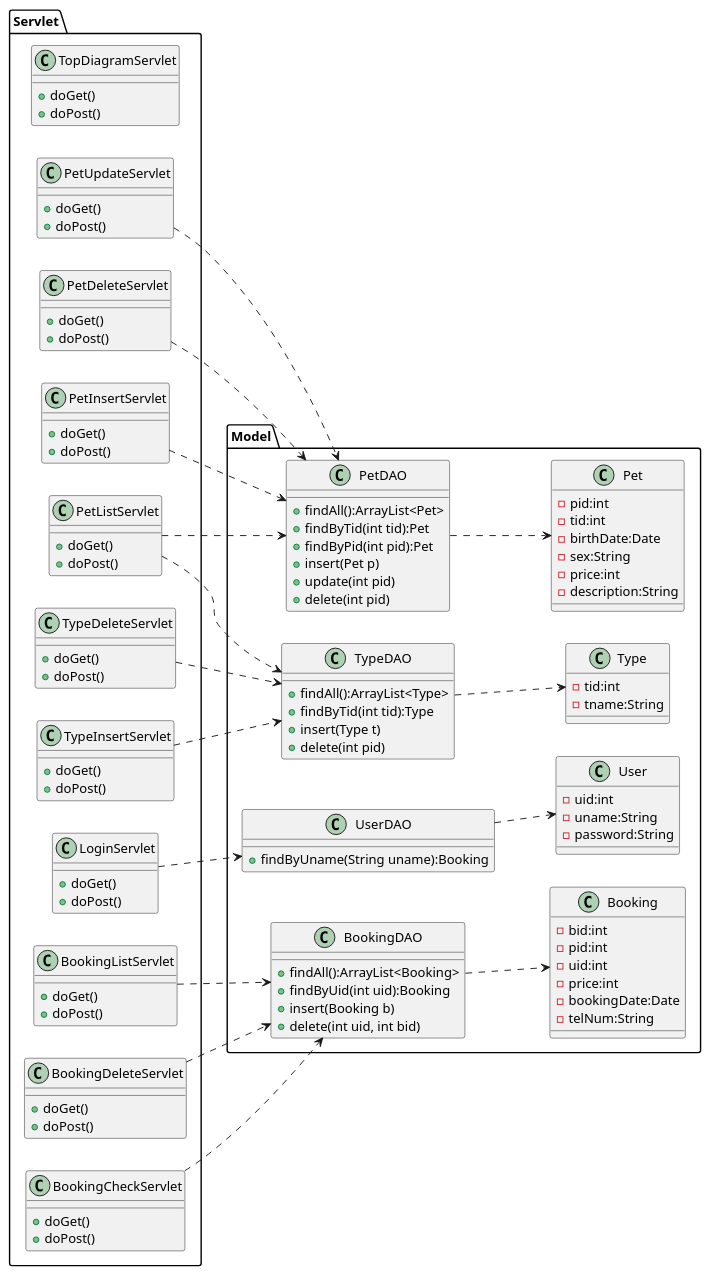
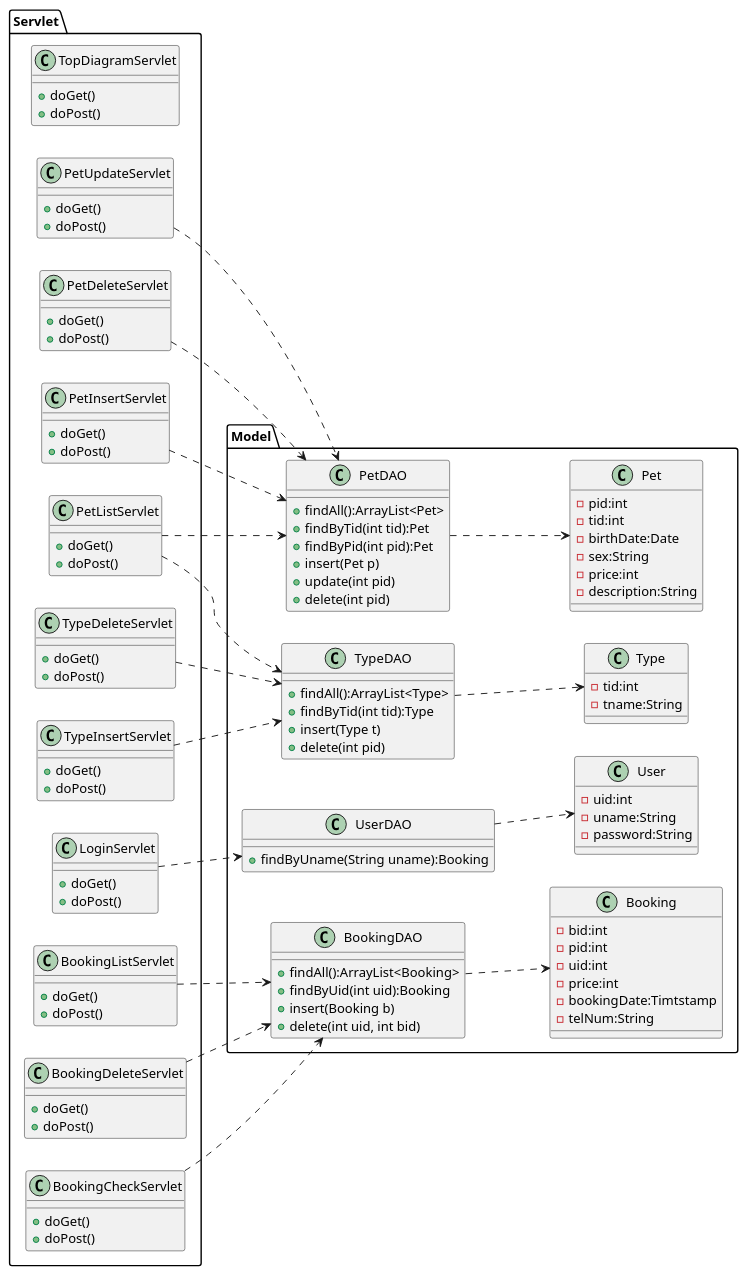
One commit to Tyamanaka07/WebSystem changed the diagram in detail.uml/class.pu. Above: the diagram before and after it, drawn with PlantUML.

```diff
--- a/detail.uml/class.pu
+++ b/detail.uml/class.pu
@@ -1,136 +1,136 @@
 @startuml
 left to right direction
 
 package Model{
 	class Pet{
 		-pid:int
 		-tid:int
 		-birthDate:Date
 		-sex:String
 		-price:int
 		-description:String
 	}
 
 	class Type{
 		-tid:int
 		-tname:String
 	}
 
 	class User{
 		-uid:int
 		-uname:String
 		-password:String
 	}
 
 	class Booking{
 		-bid:int
 		-pid:int
 		-uid:int
 		-price:int
-		-bookingDate:Date
+		-bookingDate:Timtstamp
 		-telNum:String
 	}
 
 	class PetDAO{
 		+findAll():ArrayList<Pet>
 		+findByTid(int tid):Pet
 		+findByPid(int pid):Pet
 		+insert(Pet p)
 		+update(int pid)
 		+delete(int pid)
 	}
 
 	class TypeDAO{
 		+findAll():ArrayList<Type>
 		+findByTid(int tid):Type
 		+insert(Type t)
 		+delete(int pid)
 	}
 
 	class UserDAO{
 		+findByUname(String uname):Booking
 	}
 
 	class BookingDAO{
 		+findAll():ArrayList<Booking>
 		+findByUid(int uid):Booking
 		+insert(Booking b)
 		+delete(int uid, int bid)
 	}
 }
 
 package Servlet{
 	class TopDiagramServlet{
 		+doGet()
 		+doPost()
 	}
 
 	class PetListServlet{
 		+doGet()
 		+doPost()
 	}
 
 	class LoginServlet{
 		+doGet()
 		+doPost()
 	}
 
 	class PetInsertServlet{
 		+doGet()
 		+doPost()
 	}
 
 	class PetUpdateServlet{
 		+doGet()
 		+doPost()
 	}
 
 	class PetDeleteServlet{
 		+doGet()
 		+doPost()
 	}
 
 	class TypeInsertServlet{
 		+doGet()
 		+doPost()
 	}
 
 	class TypeDeleteServlet{
 		+doGet()
 		+doPost()
 	}
 
 	class BookingCheckServlet{
 		+doGet()
 		+doPost()
 	}
 
 	class BookingListServlet{
 		+doGet()
 		+doPost()
 	}
 
 	class BookingDeleteServlet{
 		+doGet()
 		+doPost()
 	}
 }
 
 
 PetListServlet..>TypeDAO
 TypeInsertServlet..>TypeDAO
 TypeDeleteServlet..>TypeDAO
 PetListServlet..>PetDAO
 PetInsertServlet..>PetDAO
 PetUpdateServlet..>PetDAO
 PetDeleteServlet..>PetDAO
 LoginServlet..>UserDAO
 BookingCheckServlet..>BookingDAO
 BookingListServlet..>BookingDAO
 BookingDeleteServlet..>BookingDAO
 
 BookingDAO..>Booking
 PetDAO..>Pet
 TypeDAO..>Type
 UserDAO..>User
 @enduml
```
